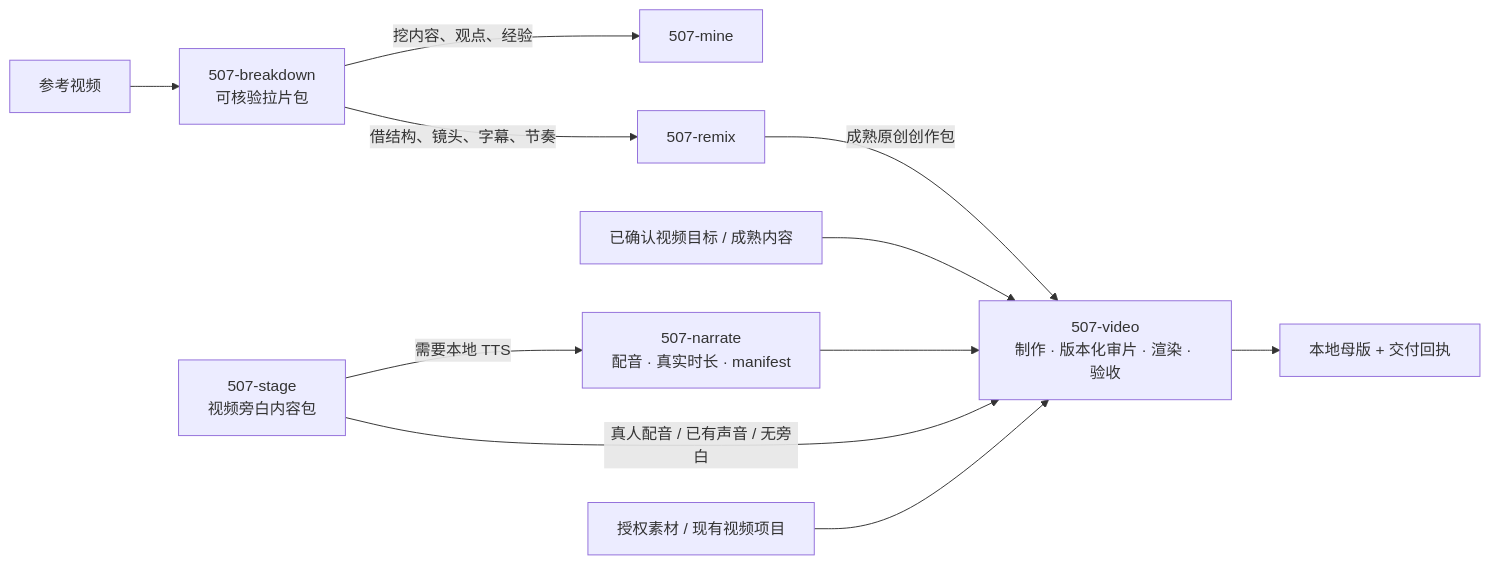
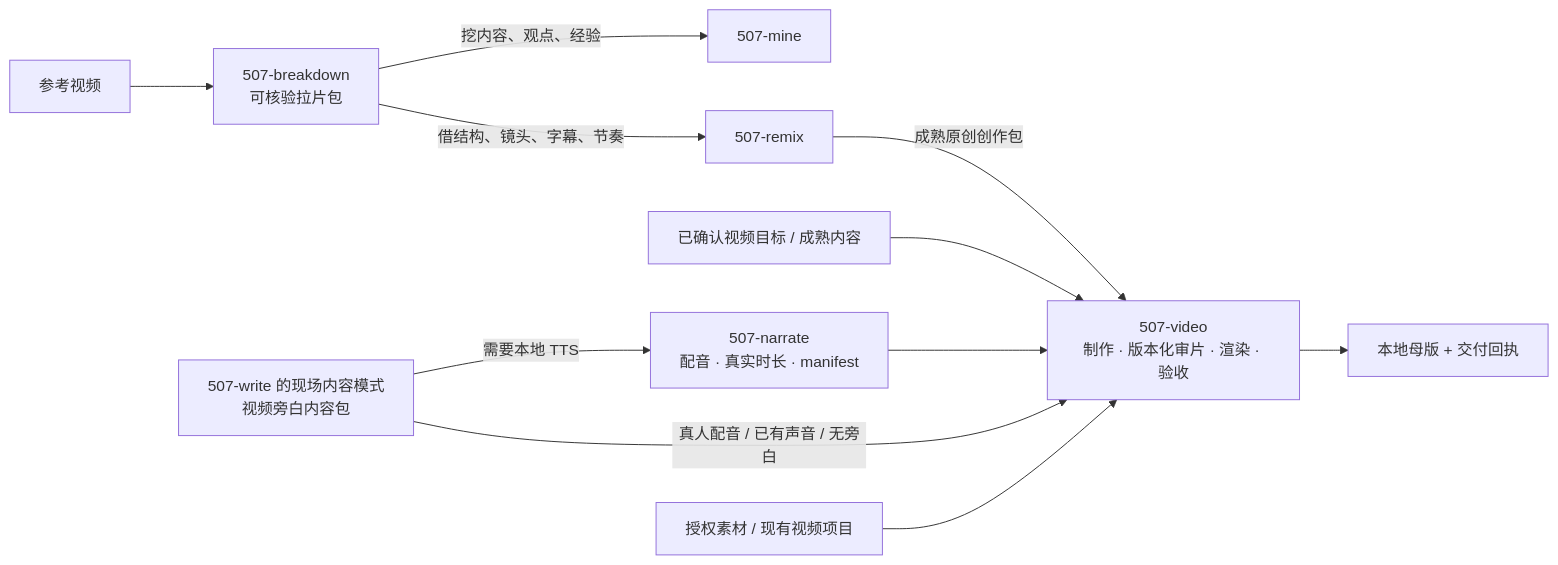
The third of 3 diagrams in write/README.md (ssdiwu/507-skills), drawn with Mermaid before and after one commit. The commit also changed other lines of this file and 104 other files, not shown here.

````diff
--- a/write/README.md
+++ b/write/README.md
@@ -51,13 +52,13 @@
 ```mermaid
 flowchart LR
     reference["参考视频"] --> breakdown["507-breakdown<br/>可核验拉片包"]
     breakdown -->|"挖内容、观点、经验"| mine["507-mine"]
     breakdown -->|"借结构、镜头、字幕、节奏"| remix["507-remix"]
     remix -->|"成熟原创创作包"| production["507-video<br/>制作 · 版本化审片 · 渲染 · 验收"]
     confirmed["已确认视频目标 / 成熟内容"] --> production
-    narration["507-stage<br/>视频旁白内容包"] -->|"需要本地 TTS"| narrate["507-narrate<br/>配音 · 真实时长 · manifest"]
+    narration["507-write 的现场内容模式<br/>视频旁白内容包"] -->|"需要本地 TTS"| narrate["507-narrate<br/>配音 · 真实时长 · manifest"]
     narrate --> production
     narration -->|"真人配音 / 已有声音 / 无旁白"| production
     assets["授权素材 / 现有视频项目"] --> production
     production --> master["本地母版 + 交付回执"]
 ```
````
